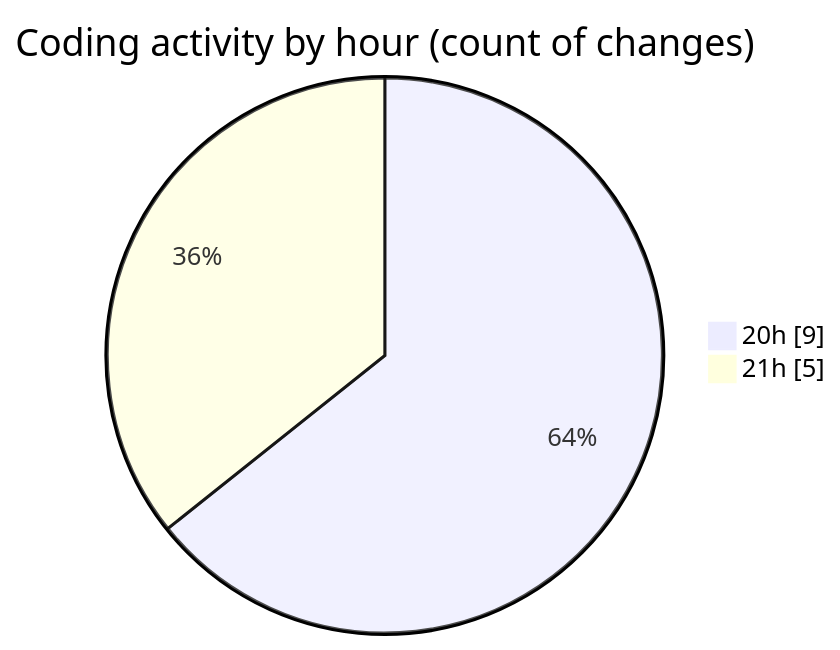
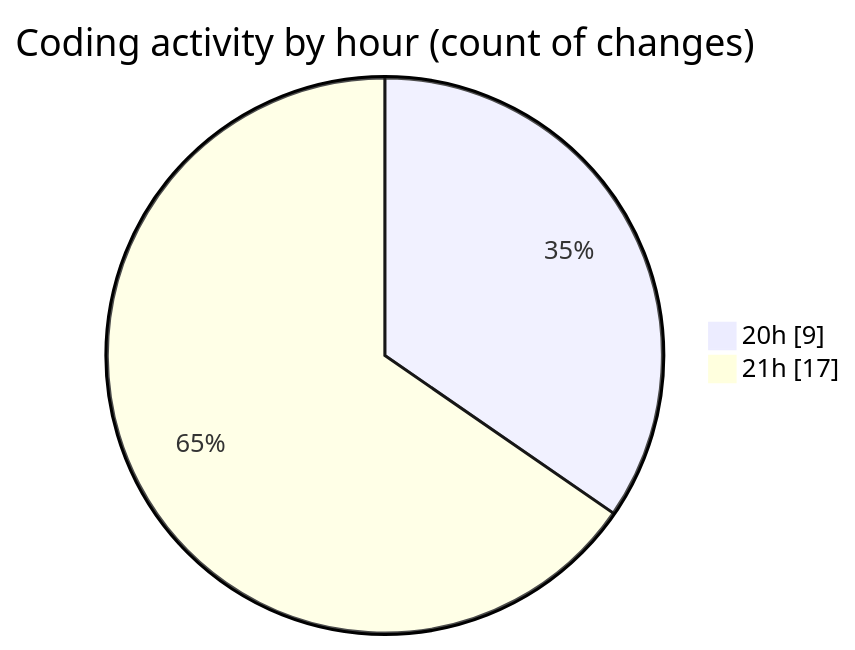
The second of 2 diagrams in 2025-04-27/utilities/README.md (Netris89/code-tracking), drawn with Mermaid before and after one commit. The commit also changed other lines of this file and 1 other file, not shown here.

````diff
--- a/2025-04-27/utilities/README.md
+++ b/2025-04-27/utilities/README.md
@@ -34,6 +36,6 @@
 ```mermaid
 pie showData
 title Coding activity by hour (count of changes)
 "20h" : 9
-"21h" : 5
+"21h" : 17
 ```
````
